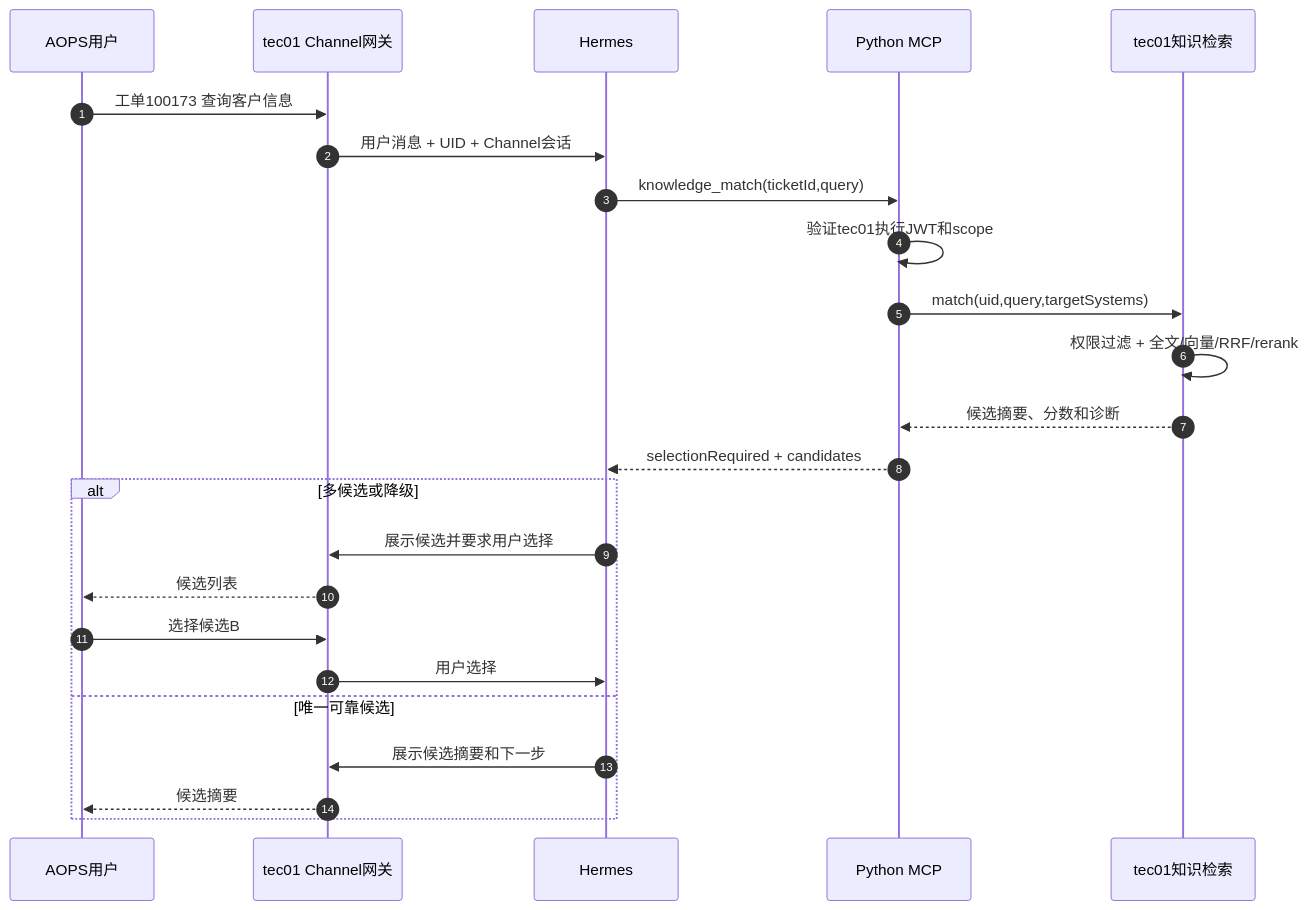
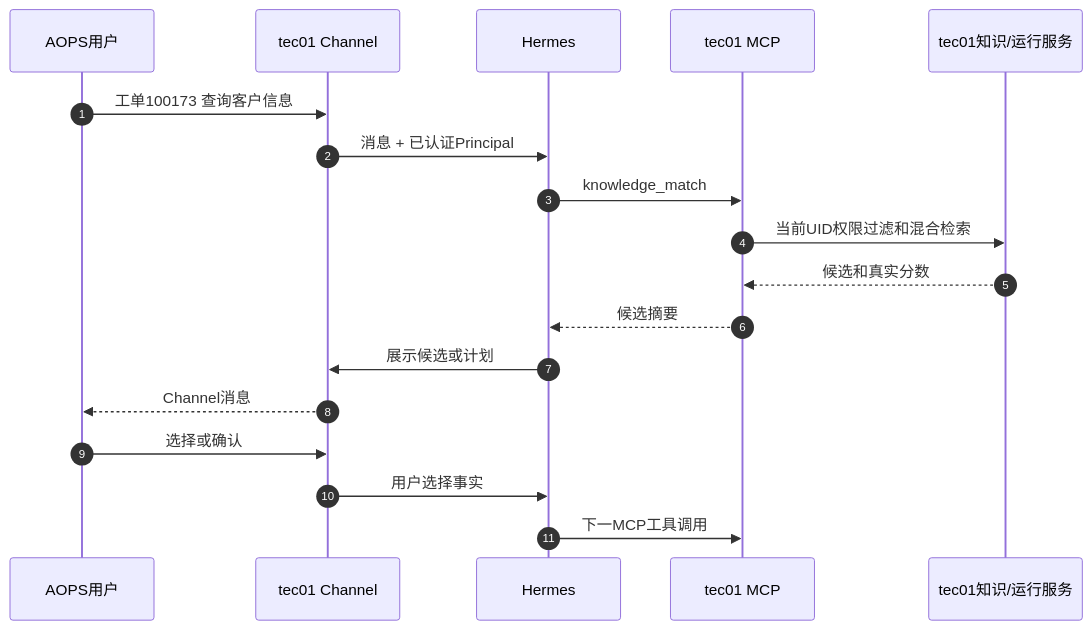
One commit to armin1024/itsm-workflow changed the second of 7 diagrams in docs/tec01-control-plane-split.md. Above: the diagram before and after it, drawn with Mermaid. The commit also changed other lines of this file and 2 other files, not shown here.

Commit message:
docs: move MCP ownership to tec01 control plane

````diff
--- a/docs/tec01-control-plane-split.md
+++ b/docs/tec01-control-plane-split.md
@@ -181,27 +263,21 @@
 ```mermaid
 sequenceDiagram
     autonumber
     participant U as AOPS用户
-    participant T as tec01 Channel网关
+    participant G as tec01 Channel
     participant H as Hermes
-    participant M as Python MCP
-    participant K as tec01知识检索
+    participant M as tec01 MCP
+    participant K as tec01知识/运行服务
 
-    U->>T: 工单100173 查询客户信息
-    T->>H: 用户消息 + UID + Channel会话
-    H->>M: knowledge_match(ticketId,query)
-    M->>M: 验证tec01执行JWT和scope
-    M->>K: match(uid,query,targetSystems)
-    K->>K: 权限过滤 + 全文/向量/RRF/rerank
-    K-->>M: 候选摘要、分数和诊断
-    M-->>H: selectionRequired + candidates
-    alt 多候选或降级
-        H->>T: 展示候选并要求用户选择
-        T-->>U: 候选列表
-        U->>T: 选择候选B
-        T->>H: 用户选择
-    else 唯一可靠候选
-        H->>T: 展示候选摘要和下一步
-        T-->>U: 候选摘要
-    end
+    U->>G: 工单100173 查询客户信息
+    G->>H: 消息 + 已认证Principal
+    H->>M: knowledge_match
+    M->>K: 当前UID权限过滤和混合检索
+    K-->>M: 候选和真实分数
+    M-->>H: 候选摘要
+    H->>G: 展示候选或计划
+    G-->>U: Channel消息
+    U->>G: 选择或确认
+    G->>H: 用户选择事实
+    H->>M: 下一MCP工具调用
 ```
````
